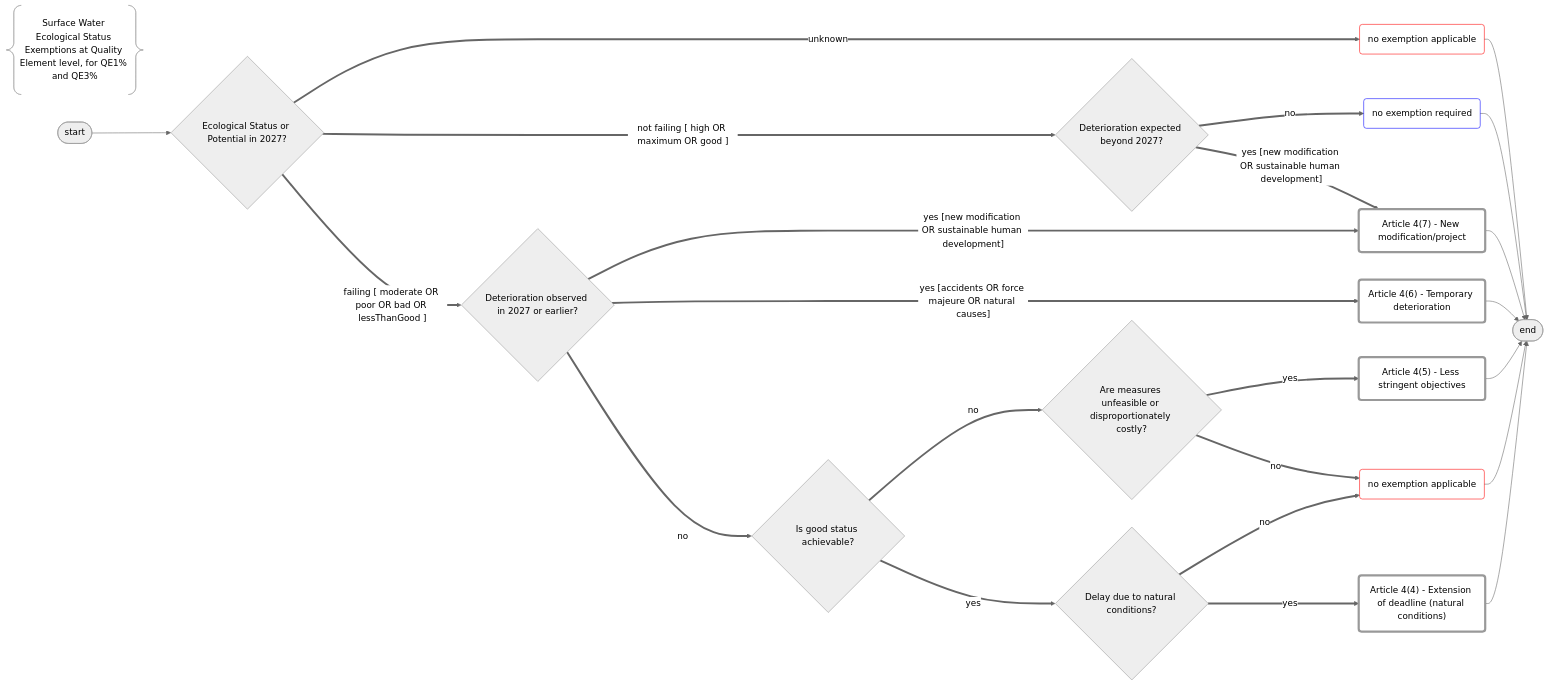
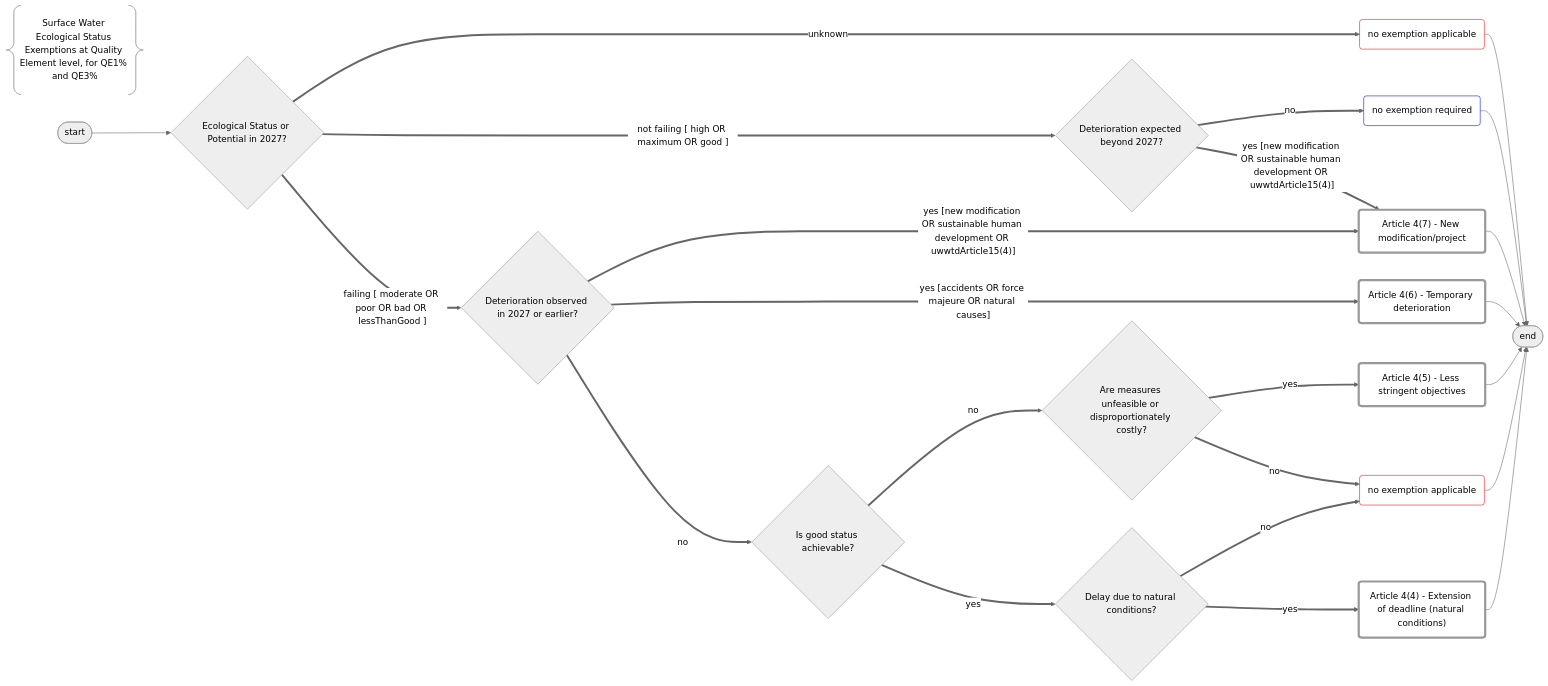
One commit to eeadata/WISE.WFD.Documentation changed the diagram in docs/DataModelReview/mmd/Exemptions_EcologicalExemption_Flowchart.mmd. Above: the diagram before and after it, drawn with Mermaid. The commit also changed 6 other files, not shown here.

```diff
--- a/docs/DataModelReview/mmd/Exemptions_EcologicalExemption_Flowchart.mmd
+++ b/docs/DataModelReview/mmd/Exemptions_EcologicalExemption_Flowchart.mmd
@@ -1,74 +1,74 @@
 %%{init: {'theme': 'neutral'}}%%
 
 flowchart LR
 
 %% Ecological Status Exemptions - Quality Elements
 title@{ shape: braces, label: "Surface Water Ecological Status Exemptions at Quality Element level, for QE1% and QE3%" }
 
 %% Defining the nodes
 		
 initial([start])
 final([end])
 
 %% duplicate nodes for just for flowchart readability
 hasNoApplicableExemption_1("no exemption applicable"):::stateRed
 hasNoApplicableExemption_2("no exemption required"):::stateBlue
 hasNoApplicableExemption_3("no exemption applicable"):::stateRed
 
 hasExemption44n("Article 4(4) - Extension of deadline (natural conditions)"):::state
 hasExemption45("Article 4(5) - Less stringent objectives"):::state
 hasExemption46("Article 4(6) - Temporary deterioration"):::state
 hasExemption47("Article 4(7) - New modification/project"):::state
 
 %% Defining the decisions
 
 isStatusIn2027{"Ecological Status or Potential in 2027?"}
 isDeteriorationExpected{"Deterioration expected beyond 2027?"}
 isDeteriorationObserved{"Deterioration observed in 2027 or earlier?"}
 isGoodStatusAchievable{"Is good status achievable?"}
 isUnfeasibleOrCostly{"Are measures unfeasible or disproportionately costly?"}
 isDelayDueToNaturalConditions{"Delay due to natural conditions?"}
 
 %% Flow to TERMINATORS
 
 initial --> isStatusIn2027
 hasNoApplicableExemption_1 --> final
 hasNoApplicableExemption_2 --> final
 hasNoApplicableExemption_3 --> final
 hasExemption47 --> final 
 hasExemption46 --> final 
 hasExemption45 --> final 
 hasExemption44n --> final 
 
 %% THE IMPORTANT PART STARTS HERE
 
 %% NO EXEMPTION POSSIBLE - If the status is unknown, then exemptions cannot be reported
 isStatusIn2027 ==>|"unknown"|hasNoApplicableExemption_1
 
 %% NO EXEMPTION NEEDED - if the status is not failing and no deterioration is expected, then no exemption is needed
 isStatusIn2027 ==>|"not failing [ high OR maximum OR good ]"|isDeteriorationExpected
 isDeteriorationExpected ==>|no|hasNoApplicableExemption_2
 
 %% ARTICLE 4(7) - DETERIORATION DUE TO NEW MODIFICATION OR PROJECT
-isDeteriorationExpected ==>|"yes [new modification OR sustainable human development]"|hasExemption47
+isDeteriorationExpected ==>|"yes [new modification OR sustainable human development OR uwwtdArticle15(4)]"|hasExemption47
 
 %% ARTICLE 4(6) - DETERIORATION DUE TO ACCIDENTS OR FORCE MAJEURE OR NATURAL CAUSES
 isStatusIn2027 ==>|"failing [ moderate OR poor OR bad OR lessThanGood ]"|isDeteriorationObserved
-isDeteriorationObserved ==>|"yes [new modification OR sustainable human development]"|hasExemption47
+isDeteriorationObserved ==>|"yes [new modification OR sustainable human development OR uwwtdArticle15(4)]"|hasExemption47
 isDeteriorationObserved ==>|"yes [accidents OR force majeure OR natural causes]"|hasExemption46
 isDeteriorationObserved ==>|no|isGoodStatusAchievable
 
 %% ARTICLE 4(5) - LESS STRINGENT OBJECTIVES
 isGoodStatusAchievable ==>|no|isUnfeasibleOrCostly
 isUnfeasibleOrCostly ==> |yes|hasExemption45
 isUnfeasibleOrCostly ==> |no|hasNoApplicableExemption_3
 
 %% ARTICLE 4(4) EXTENSION OF DEADLINE - NATURAL CONDITIONS
 isGoodStatusAchievable ==>|yes|isDelayDueToNaturalConditions
 isDelayDueToNaturalConditions ==>|no|hasNoApplicableExemption_3
 isDelayDueToNaturalConditions ==>|yes|hasExemption44n
 
 %% styling
 classDef state stroke-width:4px,fill:transparent
 classDef stateRed stroke:red,fill:transparent
 classDef stateBlue stroke:blue,fill:transparent
```
